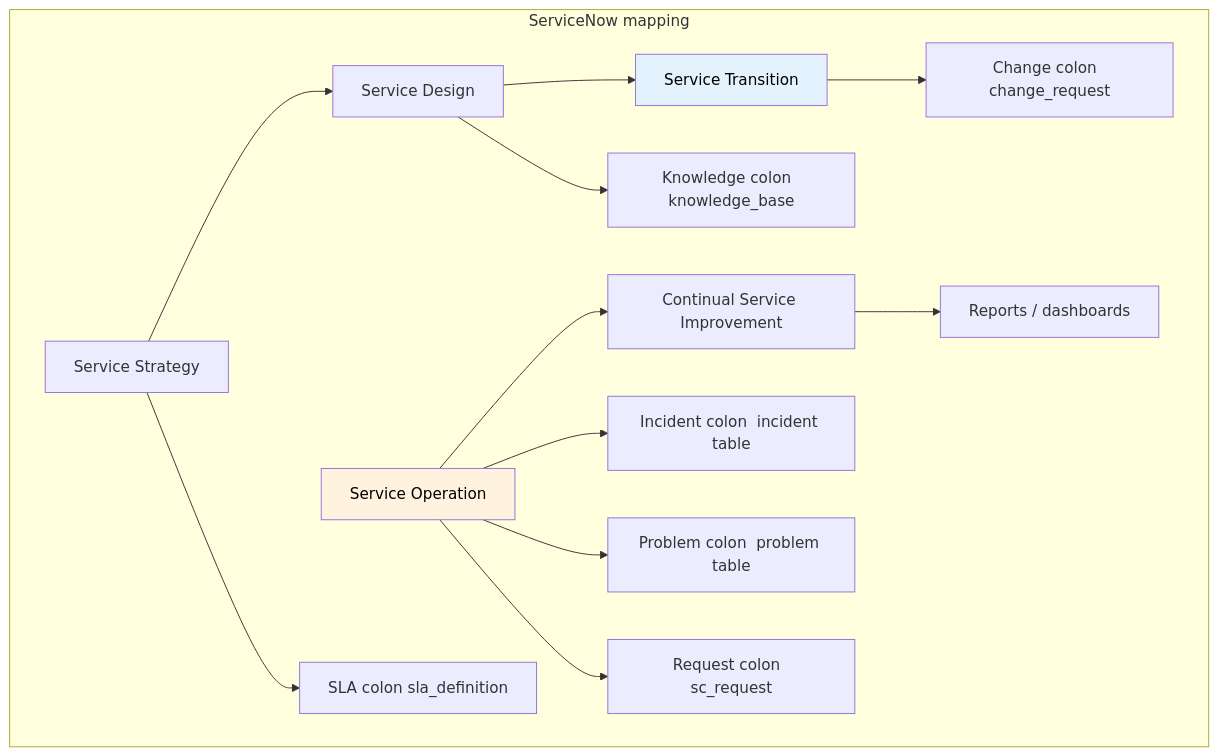
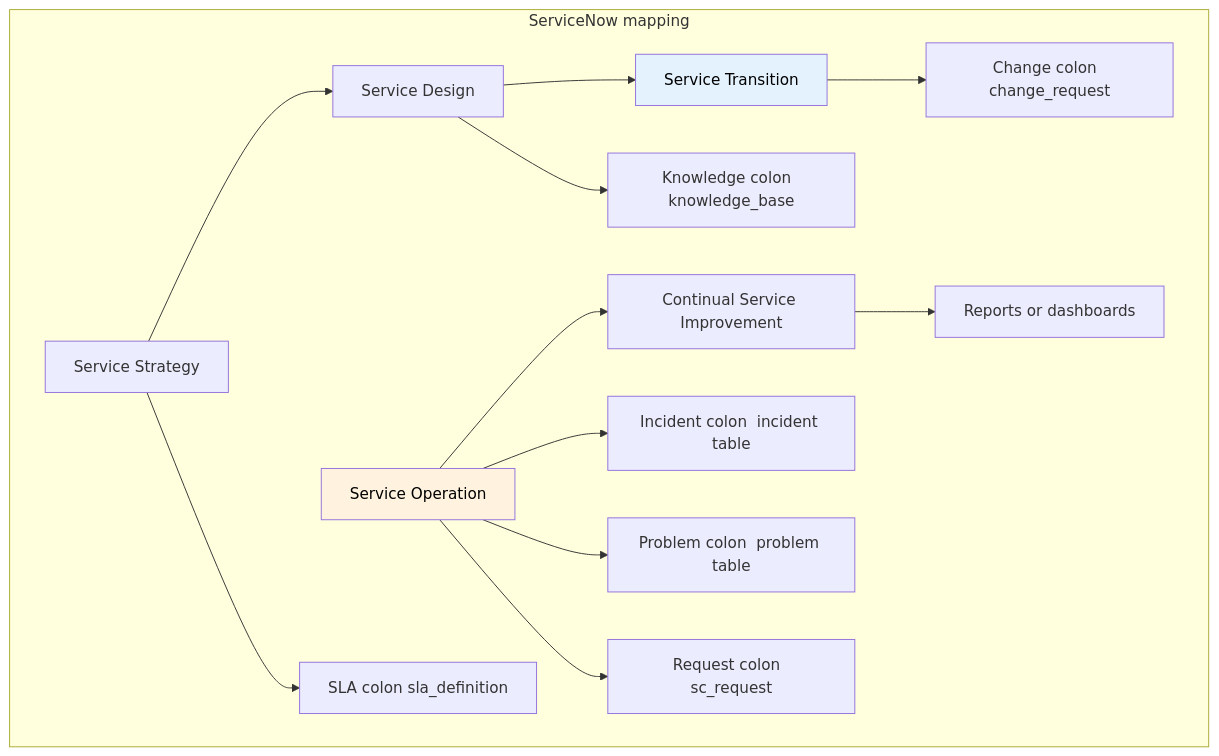
The fourth of 6 diagrams in docs/modules/other/other-guide.md (eltonaguiar/ServiceNow_Learning_TSOM-_CSM_FSM_SalesCRM_HAM_ITSM), drawn with Mermaid before and after one commit. The commit also changed other lines of this file and 19 other files, not shown here.

First line of the commit message:
Fix Mermaid diagram syntax errors - replace problematic chars in text content only

````diff
--- a/docs/modules/other/other-guide.md
+++ b/docs/modules/other/other-guide.md
@@ -1367,19 +1367,19 @@
 ```mermaid
 graph TD
     SS[Service Strategy] --> SD[Service Design]
     SD --> ST[Service Transition]
     SO[Service Operation] --> CSI[Continual Service Improvement]
 
     subgraph ServiceNow mapping
         SO --> Inc[Incident colon  incident table]
         SO --> Prob[Problem colon  problem table]
         SO --> Req[Request colon  sc_request]
         ST --> Chg[Change colon  change_request]
         SD --> KB[Knowledge colon  knowledge_base]
         SS --> SLA[SLA colon  sla_definition]
-        CSI --> Rep[Reports / dashboards]
+        CSI --> Rep[Reports  or  dashboards]
     end
 
     style SO fill:#fff3e0,color:#000
     style ST fill:#e3f2fd,color:#000
 ```
````
